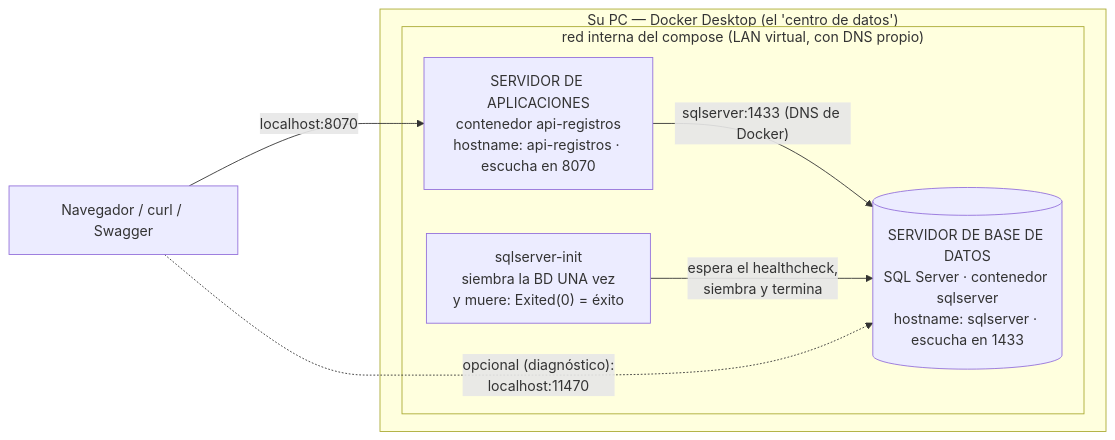
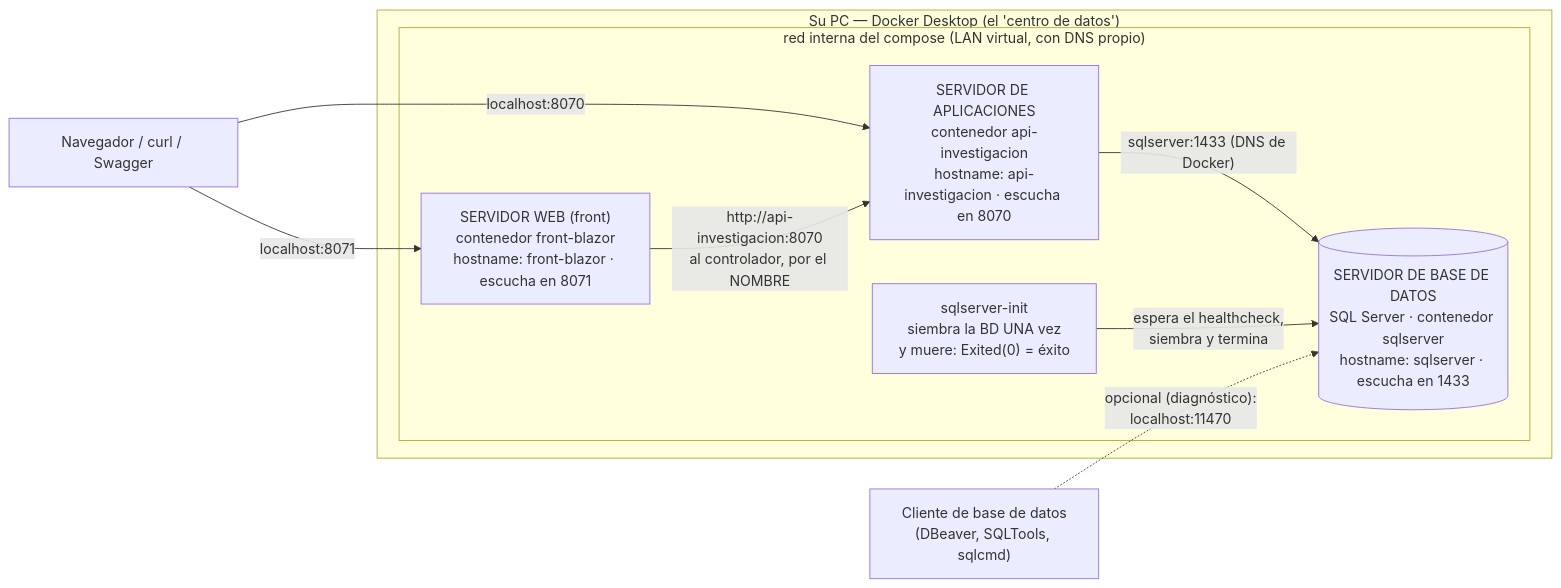
Before and after one commit to ccastro2050/proyecto_investigacion1: the first of 2 diagrams in docs/CONCEPTOS_DOCKER.md, drawn with Mermaid. The commit also changed other lines of this file, not shown here.

First line of the commit message:
docs(docker): el diagrama sale del docker-compose real, y ninguna flecha miente

````diff
--- a/docs/CONCEPTOS_DOCKER.md
+++ b/docs/CONCEPTOS_DOCKER.md
@@ -194,15 +194,19 @@
 ```mermaid
 flowchart LR
     NAV["Navegador / curl / Swagger"]
+    CLIENTE["Cliente de base de datos<br/>(DBeaver, SQLTools, sqlcmd)"]
     subgraph PC["Su PC — Docker Desktop (el 'centro de datos')"]
         subgraph RED["red interna del compose (LAN virtual, con DNS propio)"]
-            APIFACTURAS["SERVIDOR DE APLICACIONES<br/>contenedor api-registros<br/>hostname: api-registros · escucha en 8070"]
+            FRONTBLAZOR["SERVIDOR WEB (front)<br/>contenedor front-blazor<br/>hostname: front-blazor · escucha en 8071"]
+            APIINVESTIGACION["SERVIDOR DE APLICACIONES<br/>contenedor api-investigacion<br/>hostname: api-investigacion · escucha en 8070"]
+            SQLSERVERINIT["sqlserver-init<br/>siembra la BD UNA vez<br/>y muere: Exited(0) = éxito"]
             SQLSERVER[("SERVIDOR DE BASE DE DATOS<br/>SQL Server · contenedor sqlserver<br/>hostname: sqlserver · escucha en 1433")]
-            SQLSERVERINIT["sqlserver-init<br/>siembra la BD UNA vez<br/>y muere: Exited(0) = éxito"]
         end
     end
-    NAV -->|"localhost:8070"| APIFACTURAS
-    APIFACTURAS -->|"sqlserver:1433 (DNS de Docker)"| SQLSERVER
+    NAV -->|"localhost:8070"| APIINVESTIGACION
+    NAV -->|"localhost:8071"| FRONTBLAZOR
+    APIINVESTIGACION -->|"sqlserver:1433 (DNS de Docker)"| SQLSERVER
+    FRONTBLAZOR -->|"http://api-investigacion:8070<br/>al controlador, por el NOMBRE"| APIINVESTIGACION
     SQLSERVERINIT -->|"espera el healthcheck,<br/>siembra y termina"| SQLSERVER
-    NAV -.->|"opcional (diagnóstico):<br/>localhost:11470"| SQLSERVER
+    CLIENTE -.->|"opcional (diagnóstico):<br/>localhost:11470"| SQLSERVER
 ```
````
